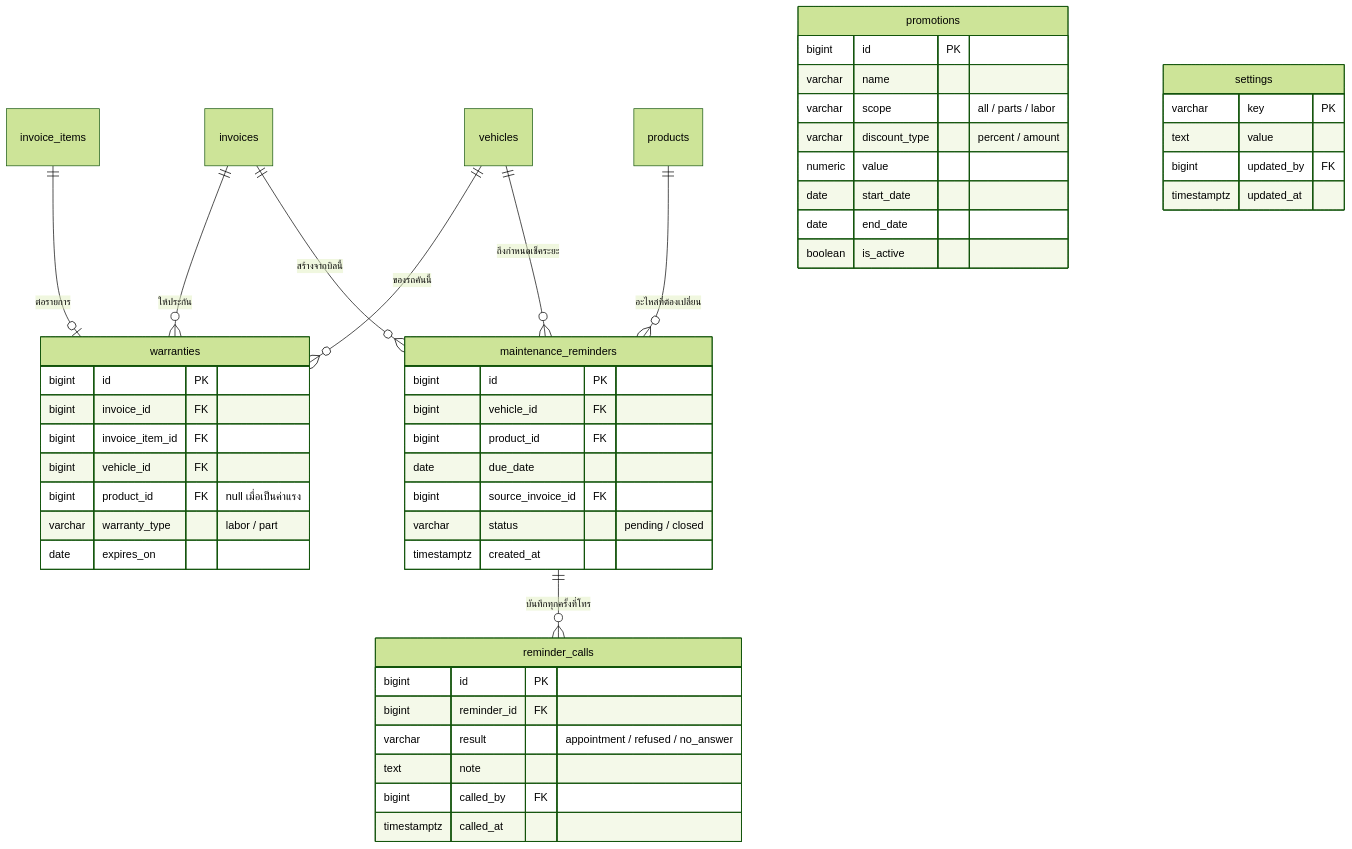
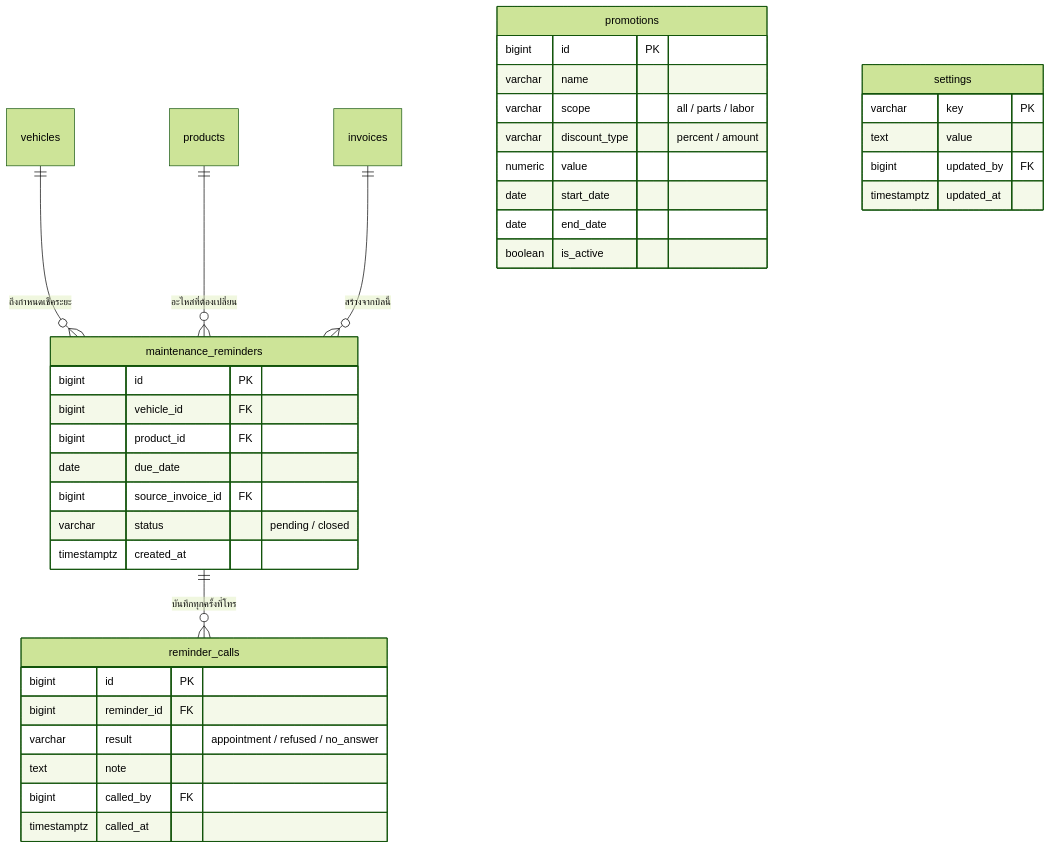
The eighth of 8 diagrams in data_model.md (kaewjamsai0193/Garage_Final_Project), drawn with Mermaid (forest theme) before and after one commit. The commit also changed other lines of this file, not shown here.

````diff
--- a/data_model.md
+++ b/data_model.md
@@ -392,57 +408,44 @@
 ```mermaid
 erDiagram
-    invoices ||--o{ warranties : "ให้ประกัน"
-    invoice_items ||--o| warranties : "ต่อรายการ"
-    vehicles ||--o{ warranties : "ของรถคันนี้"
     vehicles ||--o{ maintenance_reminders : "ถึงกำหนดเช็คระยะ"
     products ||--o{ maintenance_reminders : "อะไหล่ที่ต้องเปลี่ยน"
     maintenance_reminders ||--o{ reminder_calls : "บันทึกทุกครั้งที่โทร"
     invoices ||--o{ maintenance_reminders : "สร้างจากบิลนี้"
 
     promotions {
         bigint id PK
         varchar name
         varchar scope "all / parts / labor"
         varchar discount_type "percent / amount"
         numeric value
         date start_date
         date end_date
         boolean is_active
-    }
-
-    warranties {
-        bigint id PK
-        bigint invoice_id FK
-        bigint invoice_item_id FK
-        bigint vehicle_id FK
-        bigint product_id FK "null เมื่อเป็นค่าแรง"
-        varchar warranty_type "labor / part"
-        date expires_on
     }
 
     maintenance_reminders {
         bigint id PK
         bigint vehicle_id FK
         bigint product_id FK
         date due_date
         bigint source_invoice_id FK
         varchar status "pending / closed"
         timestamptz created_at
     }
 
     reminder_calls {
         bigint id PK
         bigint reminder_id FK
         varchar result "appointment / refused / no_answer"
         text note
         bigint called_by FK
         timestamptz called_at
     }
 
     settings {
         varchar key PK
         text value
         bigint updated_by FK
         timestamptz updated_at
     }
 ```
````
